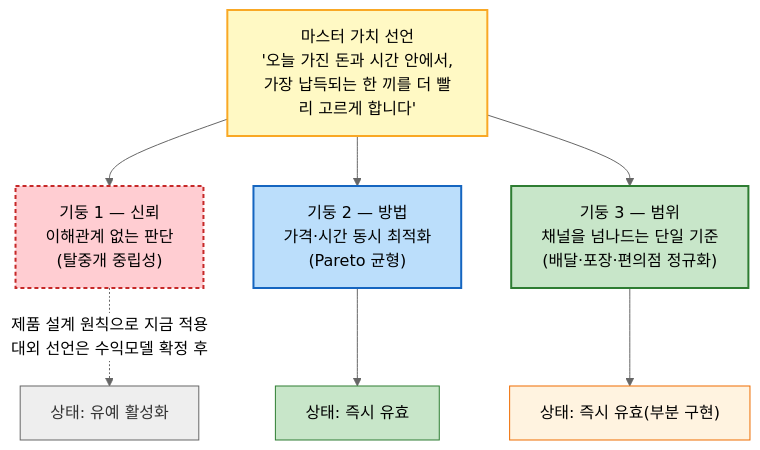
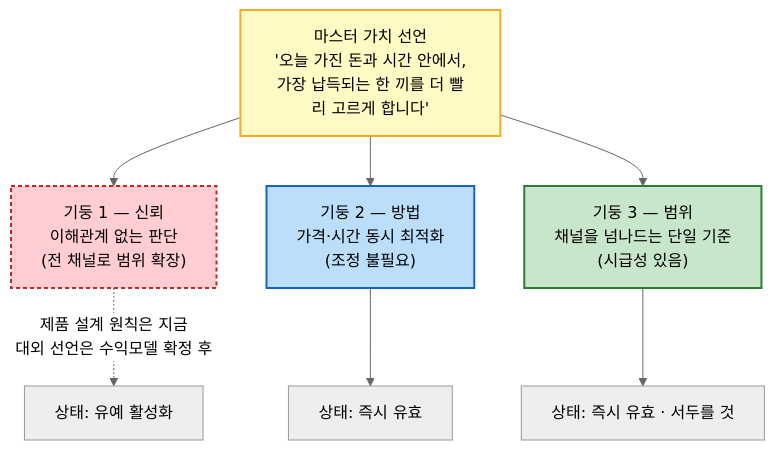
One commit to soobworks/business-research-practice changed the first of 2 diagrams in 08.competitor-branding/1인가구한끼해결-경쟁사분석/02-차별적가치목표-제안.md. Above: the diagram before and after it, drawn with Mermaid (neutral theme). The commit also changed other lines of this file and 1 other file, not shown here.

````diff
--- a/08.competitor-branding/1인가구한끼해결-경쟁사분석/02-차별적가치목표-제안.md
+++ b/08.competitor-branding/1인가구한끼해결-경쟁사분석/02-차별적가치목표-제안.md
@@ -7,18 +25,15 @@
 ```mermaid
 flowchart TD
     M["마스터 가치 선언<br>'오늘 가진 돈과 시간 안에서,<br>가장 납득되는 한 끼를 더 빨리 고르게 합니다'"]
-    M --> P1["기둥 1 — 신뢰<br>이해관계 없는 판단<br>(탈중개 중립성)"]
-    M --> P2["기둥 2 — 방법<br>가격·시간 동시 최적화<br>(Pareto 균형)"]
-    M --> P3["기둥 3 — 범위<br>채널을 넘나드는 단일 기준<br>(배달·포장·편의점 정규화)"]
-    P1 -.->|"제품 설계 원칙으로 지금 적용<br>대외 선언은 수익모델 확정 후"| S1["상태: 유예 활성화"]
+    M --> P1["기둥 1 — 신뢰<br>이해관계 없는 판단<br>(전 채널로 범위 확장)"]
+    M --> P2["기둥 2 — 방법<br>가격·시간 동시 최적화<br>(조정 불필요)"]
+    M --> P3["기둥 3 — 범위<br>채널을 넘나드는 단일 기준<br>(시급성 있음)"]
+    P1 -.->|"제품 설계 원칙은 지금<br>대외 선언은 수익모델 확정 후"| S1["상태: 유예 활성화"]
     P2 --> S2["상태: 즉시 유효"]
-    P3 --> S3["상태: 즉시 유효(부분 구현)"]
+    P3 --> S3["상태: 즉시 유효 · 서두를 것"]
 
     style M fill:#FFF9C4,stroke:#F9A825,stroke-width:2px
     style P1 fill:#FFCDD2,stroke:#C62828,stroke-width:2px,stroke-dasharray: 4 3
     style P2 fill:#BBDEFB,stroke:#1565C0,stroke-width:2px
     style P3 fill:#C8E6C9,stroke:#2E7D32,stroke-width:2px
-    style S1 fill:#EEEEEE,stroke:#666,stroke-width:1px,color:#333
-    style S2 fill:#C8E6C9,stroke:#2E7D32,stroke-width:1px
-    style S3 fill:#FFF3E0,stroke:#EF6C00,stroke-width:1px
 ```
````
